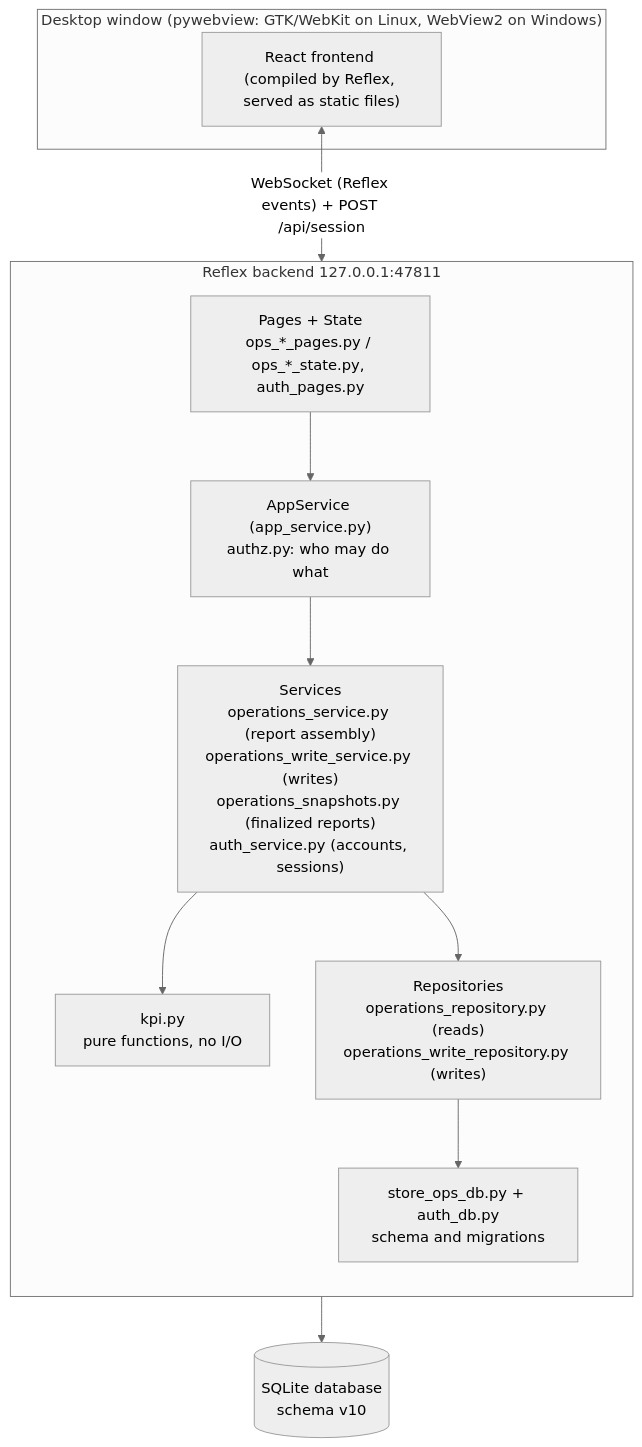
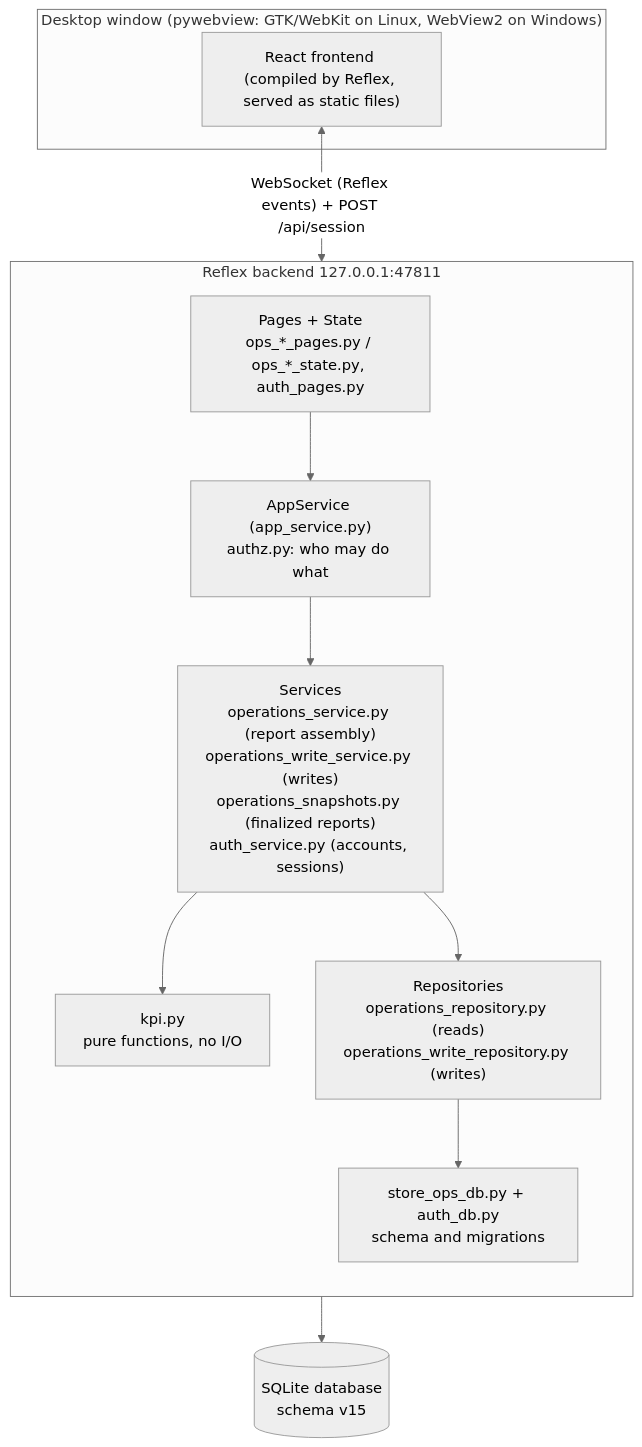
Before and after one commit to theducklabnetwork/Opscore: the first of 7 diagrams in ARCHITECTURE.md, drawn with Mermaid (neutral theme). The commit also changed other lines of this file and 20 other files, not shown here.

````diff
--- a/ARCHITECTURE.md
+++ b/ARCHITECTURE.md
@@ -22,20 +22,20 @@
 ```mermaid
 flowchart TB
     subgraph Window["Desktop window (pywebview: GTK/WebKit on Linux, WebView2 on Windows)"]
         FE["React frontend (compiled by Reflex, served as static files)"]
     end
     subgraph Backend["Reflex backend 127.0.0.1:47811"]
         direction TB
         Pages["Pages + State<br/>ops_*_pages.py / ops_*_state.py, auth_pages.py"]
         Svc["AppService (app_service.py)<br/>authz.py: who may do what"]
         Services["Services<br/>operations_service.py (report assembly)<br/>operations_write_service.py (writes)<br/>operations_snapshots.py (finalized reports)<br/>auth_service.py (accounts, sessions)"]
         KPI["kpi.py<br/>pure functions, no I/O"]
         Repo["Repositories<br/>operations_repository.py (reads)<br/>operations_write_repository.py (writes)"]
         DB["store_ops_db.py + auth_db.py<br/>schema and migrations"]
         Pages --> Svc --> Services
         Services --> KPI
         Services --> Repo --> DB
     end
     FE <-- "WebSocket (Reflex events) + POST /api/session" --> Pages
-    DB --> SQLite[("SQLite database<br/>schema v10")]
+    DB --> SQLite[("SQLite database<br/>schema v15")]
 ```
````
